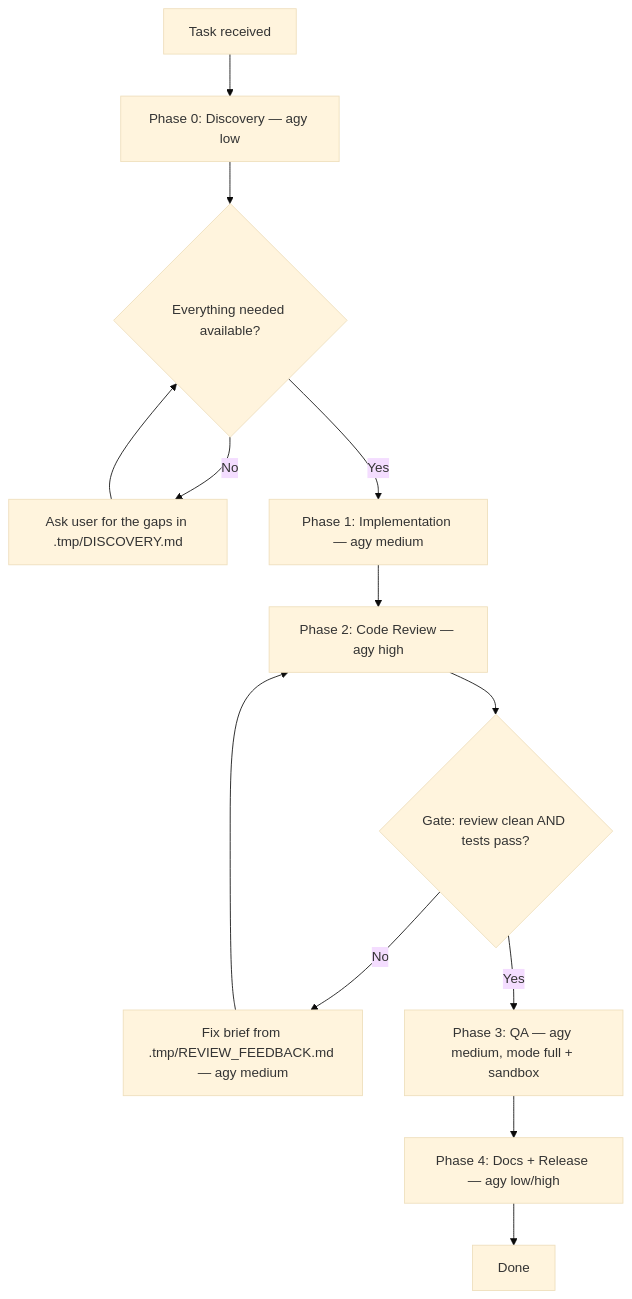
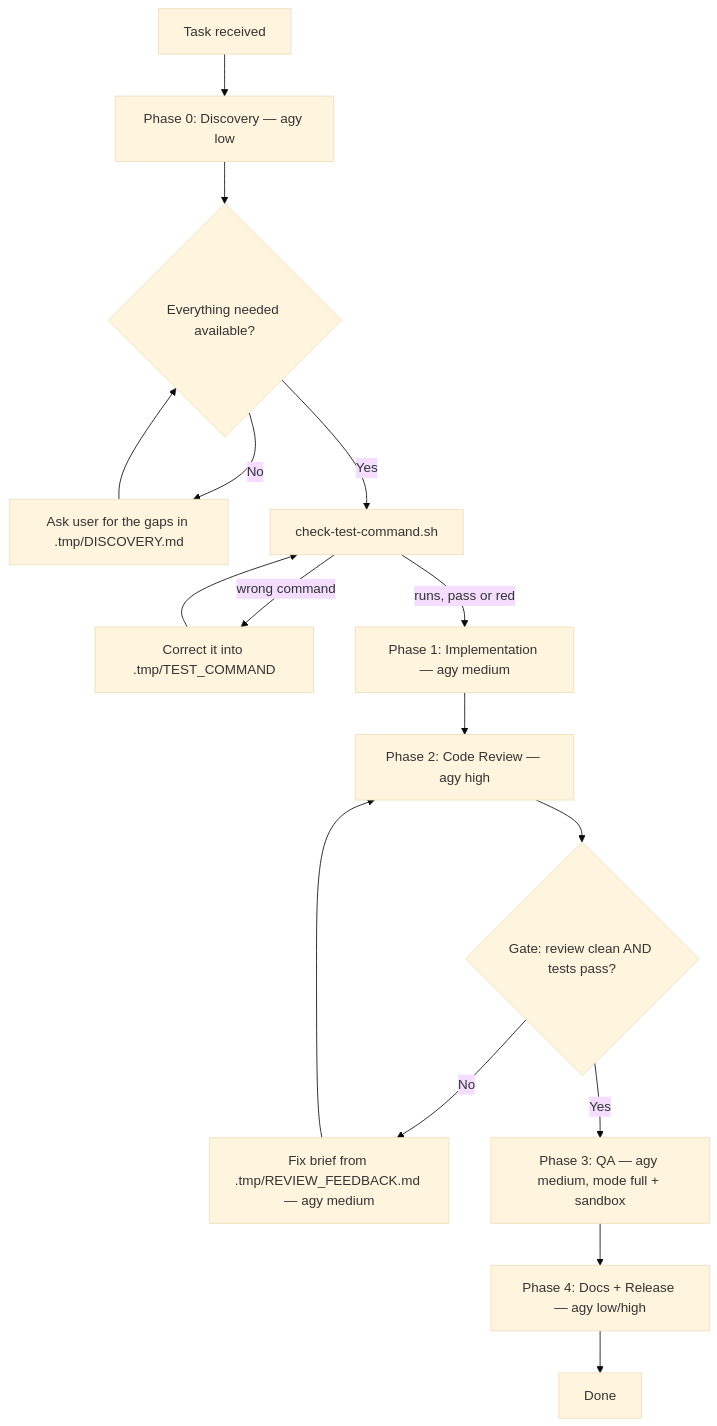
One commit to chilliesdev/agy-delivery-pipeline changed the diagram in SKILL.md. Above: the diagram before and after it, drawn with Mermaid (base theme). The commit also changed other lines of this file and 3 other files, not shown here.

````diff
--- a/SKILL.md
+++ b/SKILL.md
@@ -154,15 +155,18 @@
 ```mermaid
 flowchart TD
     A[Task received] --> B[Phase 0: Discovery — agy low]
     B --> C{Everything needed available?}
     C -- No --> D[Ask user for the gaps in .tmp/DISCOVERY.md]
     D --> C
-    C -- Yes --> E[Phase 1: Implementation — agy medium]
+    C -- Yes --> V[check-test-command.sh]
+    V -- wrong command --> W[Correct it into .tmp/TEST_COMMAND]
+    W --> V
+    V -- runs, pass or red --> E[Phase 1: Implementation — agy medium]
     E --> F[Phase 2: Code Review — agy high]
     F --> G{Gate: review clean AND tests pass?}
     G -- No --> H[Fix brief from .tmp/REVIEW_FEEDBACK.md — agy medium]
     H --> F
     G -- Yes --> I[Phase 3: QA — agy medium, mode full + sandbox]
     I --> J[Phase 4: Docs + Release — agy low/high]
     J --> K[Done]
 ```
````
